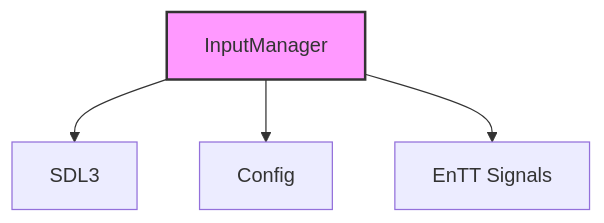
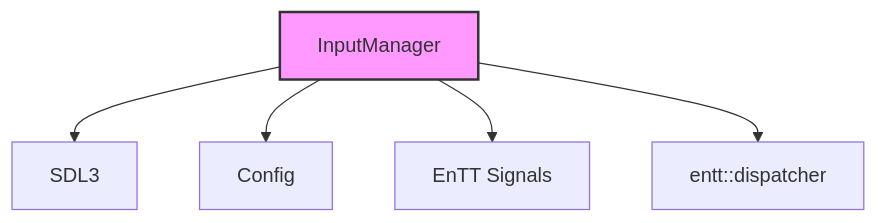
Before and after one commit to hezhangtdzs/MonsterWar: the fourth of 4 diagrams in doc/input/README.md, drawn with Mermaid. The commit also changed other lines of this file and 1 other file, not shown here.

````diff
--- a/doc/input/README.md
+++ b/doc/input/README.md
@@ -213,8 +235,9 @@
 ```mermaid
 graph TB
     InputManager --> SDL3
     InputManager --> Config
     InputManager --> EnTT[EnTT Signals]
+    InputManager --> Dispatcher[entt::dispatcher]
     
     style InputManager fill:#f9f,stroke:#333,stroke-width:2px
 ```
````
